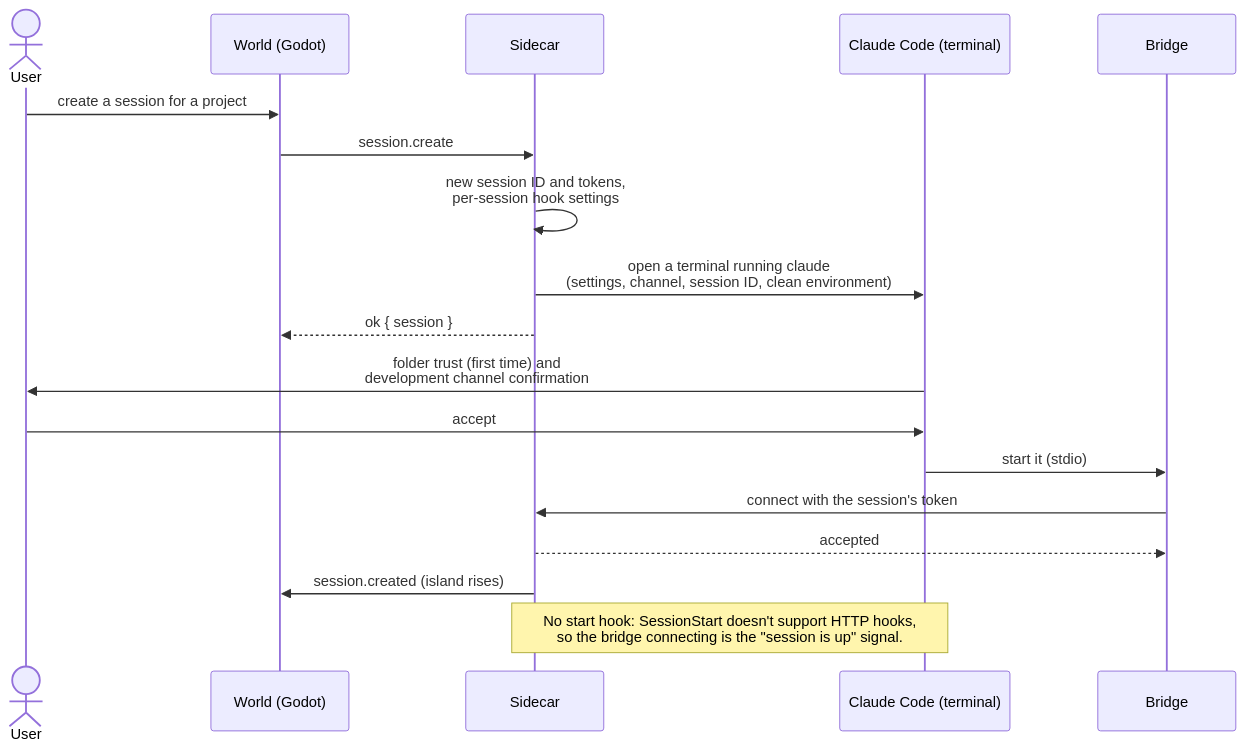
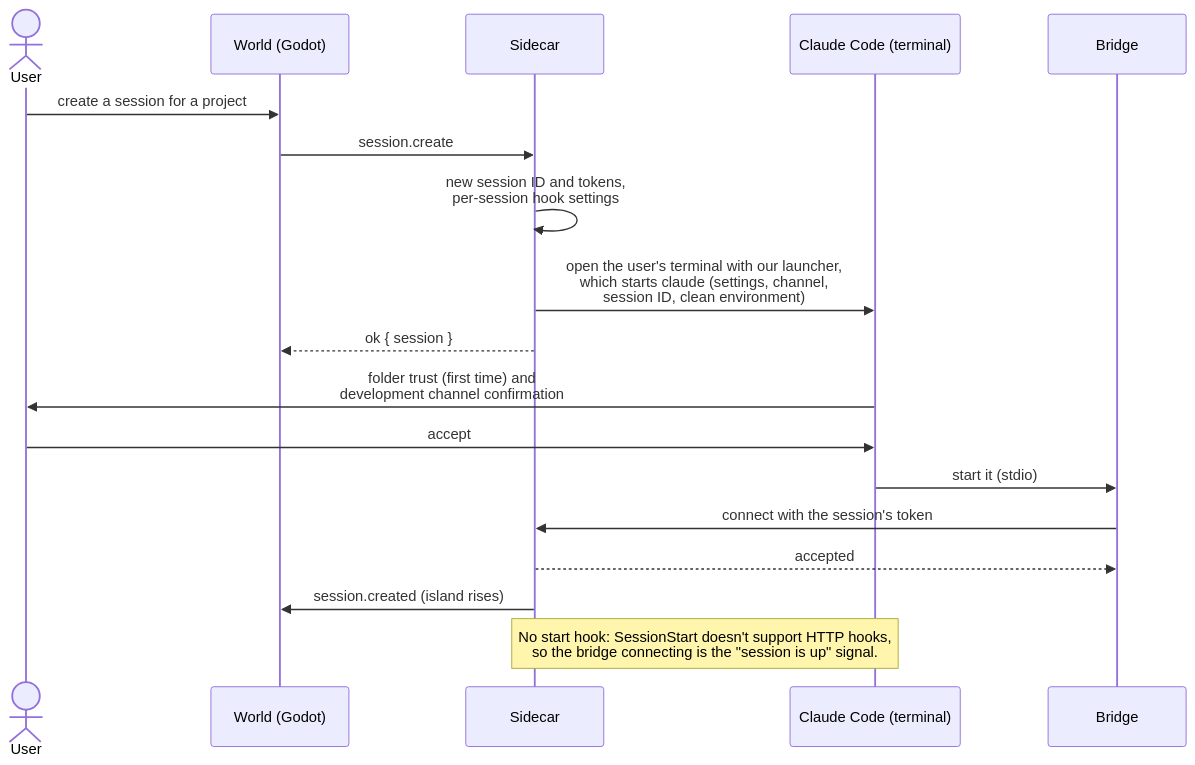
The first of 7 diagrams in docs/flows.md (PaoloPortugal/The-Beach), drawn with Mermaid before and after one commit. The commit also changed other lines of this file and 5 other files, not shown here.

````diff
--- a/docs/flows.md
+++ b/docs/flows.md
@@ -42,21 +42,21 @@
 ```mermaid
 sequenceDiagram
     actor User
     participant World as World (Godot)
     participant Sidecar
     participant Claude as Claude Code (terminal)
     participant Bridge
 
     User->>World: create a session for a project
     World->>Sidecar: session.create
     Sidecar->>Sidecar: new session ID and tokens,<br/>per-session hook settings
-    Sidecar->>Claude: open a terminal running claude<br/>(settings, channel, session ID, clean environment)
+    Sidecar->>Claude: open the user's terminal with our launcher,<br/>which starts claude (settings, channel,<br/>session ID, clean environment)
     Sidecar-->>World: ok { session }
     Claude->>User: folder trust (first time) and<br/>development channel confirmation
     User->>Claude: accept
     Claude->>Bridge: start it (stdio)
     Bridge->>Sidecar: connect with the session's token
     Sidecar-->>Bridge: accepted
     Sidecar->>World: session.created (island rises)
     Note over Claude,Sidecar: No start hook: SessionStart doesn't support HTTP hooks,<br/>so the bridge connecting is the "session is up" signal.
 ```
````
